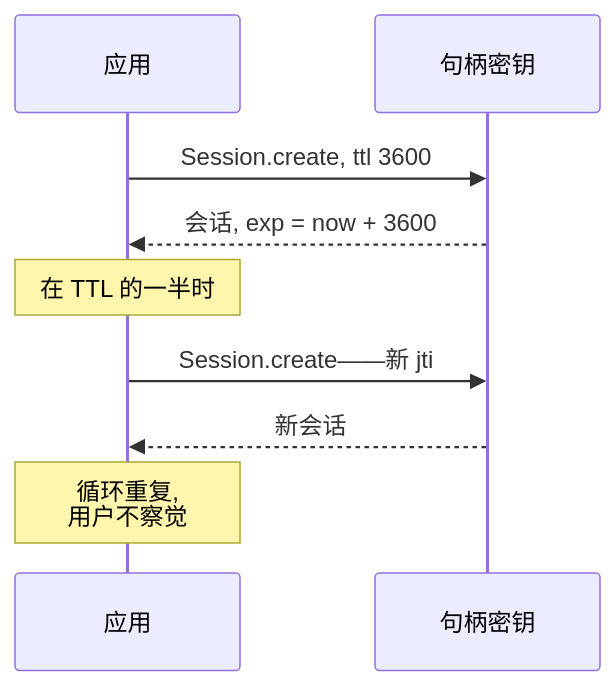
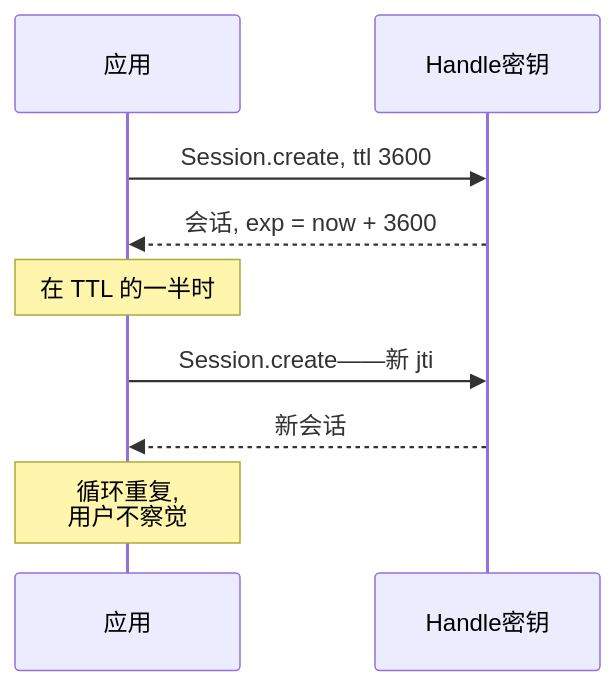
The second of 2 diagrams in src/content/blog/zh/stateless-sessions-no-database.md (me2em-org/me2em-website), drawn with Mermaid before and after one commit. The commit also changed other lines of this file and 10 other files, not shown here.

````diff
--- a/src/content/blog/zh/stateless-sessions-no-database.md
+++ b/src/content/blog/zh/stateless-sessions-no-database.md
@@ -131,11 +131,11 @@
 ```mermaid
 sequenceDiagram
     participant App as 应用
-    participant K as 句柄密钥
+    participant K as Handle密钥
     App->>K: Session.create, ttl 3600
     K-->>App: 会话, exp = now + 3600
     Note over App: 在 TTL 的一半时
     App->>K: Session.create——新 jti
     K-->>App: 新会话
     Note over App: 循环重复,<br/>用户不察觉
 ```
````
